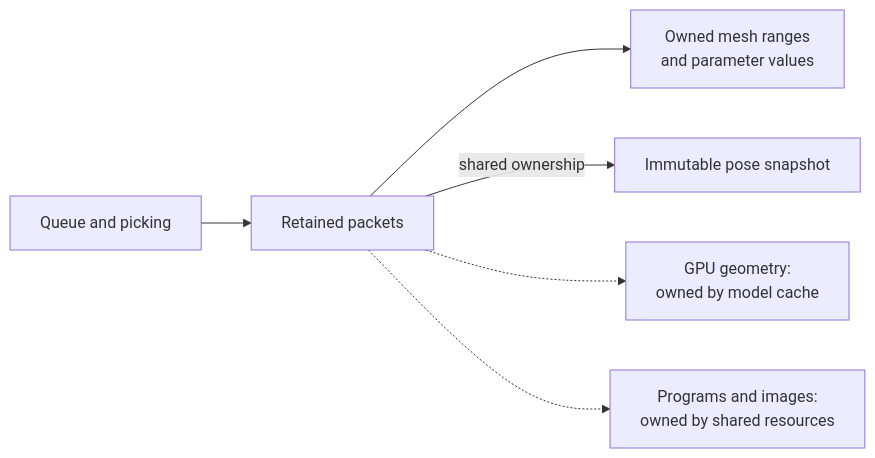
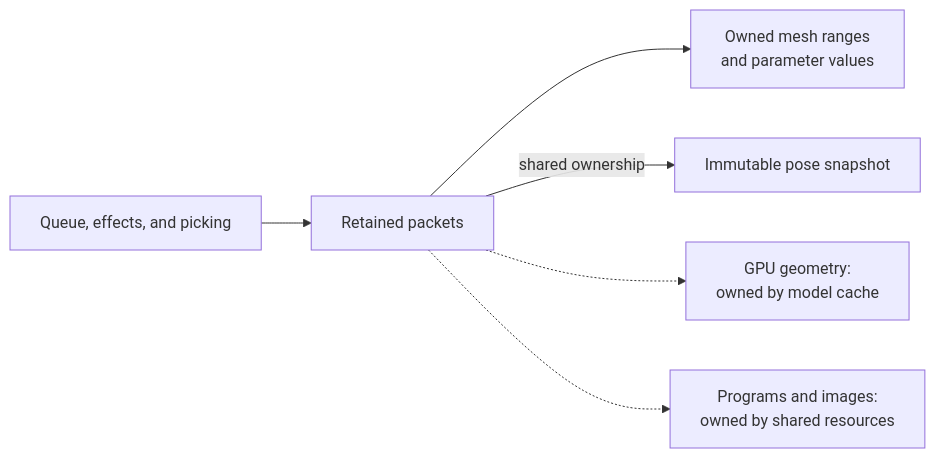
One commit to CS-NextClient/NextClient changed the third of 5 diagrams in docs/renderer-architecture.md. Above: the diagram before and after it, drawn with Mermaid. The commit also changed other lines of this file and 31 other files, not shown here.

````diff
--- a/docs/renderer-architecture.md
+++ b/docs/renderer-architecture.md
@@ -56,8 +56,8 @@
 ```mermaid
 flowchart LR
-    Consumers["Queue and picking"] --> Packets["Retained packets"]
+    Consumers["Queue, effects, and picking"] --> Packets["Retained packets"]
     Packets --> Values["Owned mesh ranges<br/>and parameter values"]
     Packets -->|shared ownership| Pose["Immutable pose snapshot"]
     Packets -.-> Geometry["GPU geometry:<br/>owned by model cache"]
     Packets -.-> Shared["Programs and images:<br/>owned by shared resources"]
 ```
````
